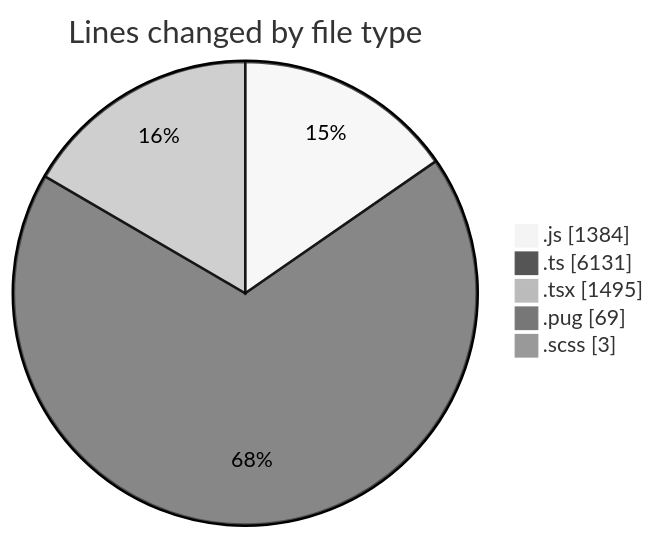
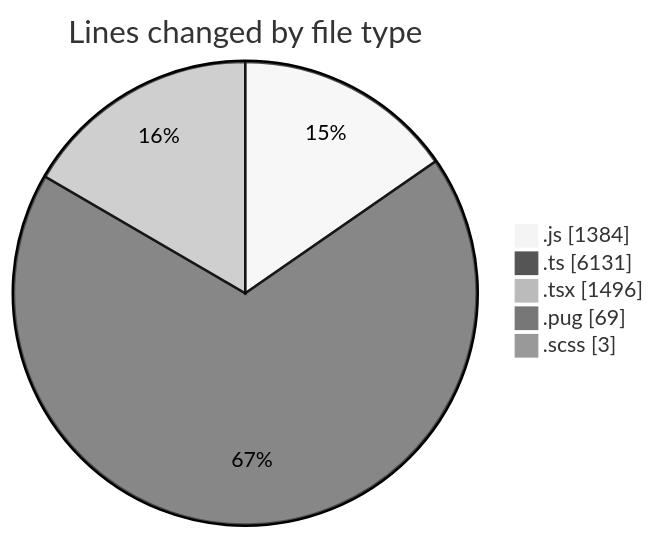
Before and after one commit to momahboobian/code-tracking: the first of 2 diagrams in 2025-03-25/cda/README.md, drawn with Mermaid (neutral theme). The commit also changed other lines of this file and 1 other file, not shown here.

````diff
--- a/2025-03-25/cda/README.md
+++ b/2025-03-25/cda/README.md
@@ -38,9 +38,9 @@
 ```mermaid
 pie showData
 title Lines changed by file type
 ".js" : 1384
 ".ts" : 6131
-".tsx" : 1495
+".tsx" : 1496
 ".pug" : 69
 ".scss" : 3
 ```
````
